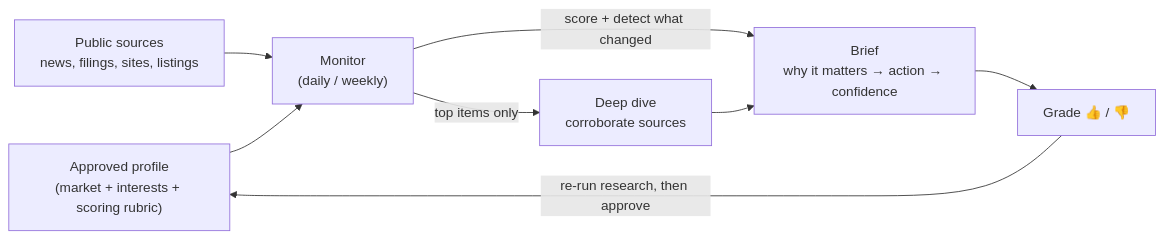
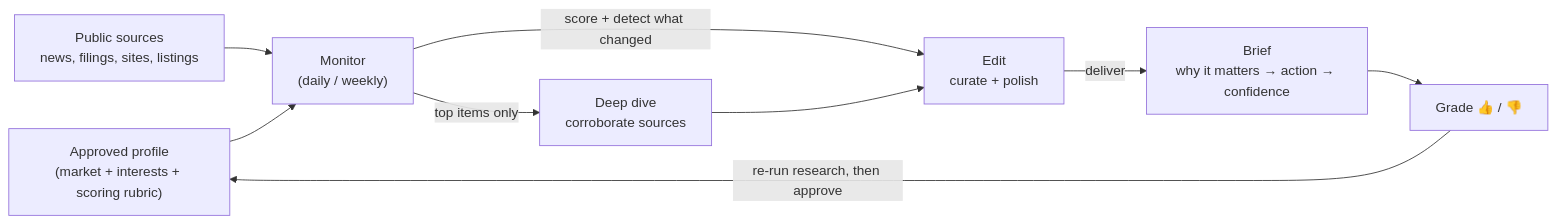
Before and after one commit to MrZoller/vantage-point: the diagram in docs/overview.md, drawn with Mermaid. The commit also changed other lines of this file, not shown here.

````diff
--- a/docs/overview.md
+++ b/docs/overview.md
@@ -52,15 +52,17 @@
 ```mermaid
 flowchart LR
   P["Approved profile<br/>(market + interests + scoring rubric)"]
   S["Public sources<br/>news, filings, sites, listings"]
   M["Monitor<br/>(daily / weekly)"]
   DD["Deep dive<br/>corroborate sources"]
+  ED["Edit<br/>curate + polish"]
   R["Brief<br/>why it matters → action → confidence"]
   G["Grade 👍 / 👎"]
 
   S --> M
   P --> M
-  M -->|score + detect what changed| R
-  M -->|top items only| DD --> R
+  M -->|score + detect what changed| ED
+  M -->|top items only| DD --> ED
+  ED -->|deliver| R
   R --> G -->|re-run research, then approve| P
 ```
````
